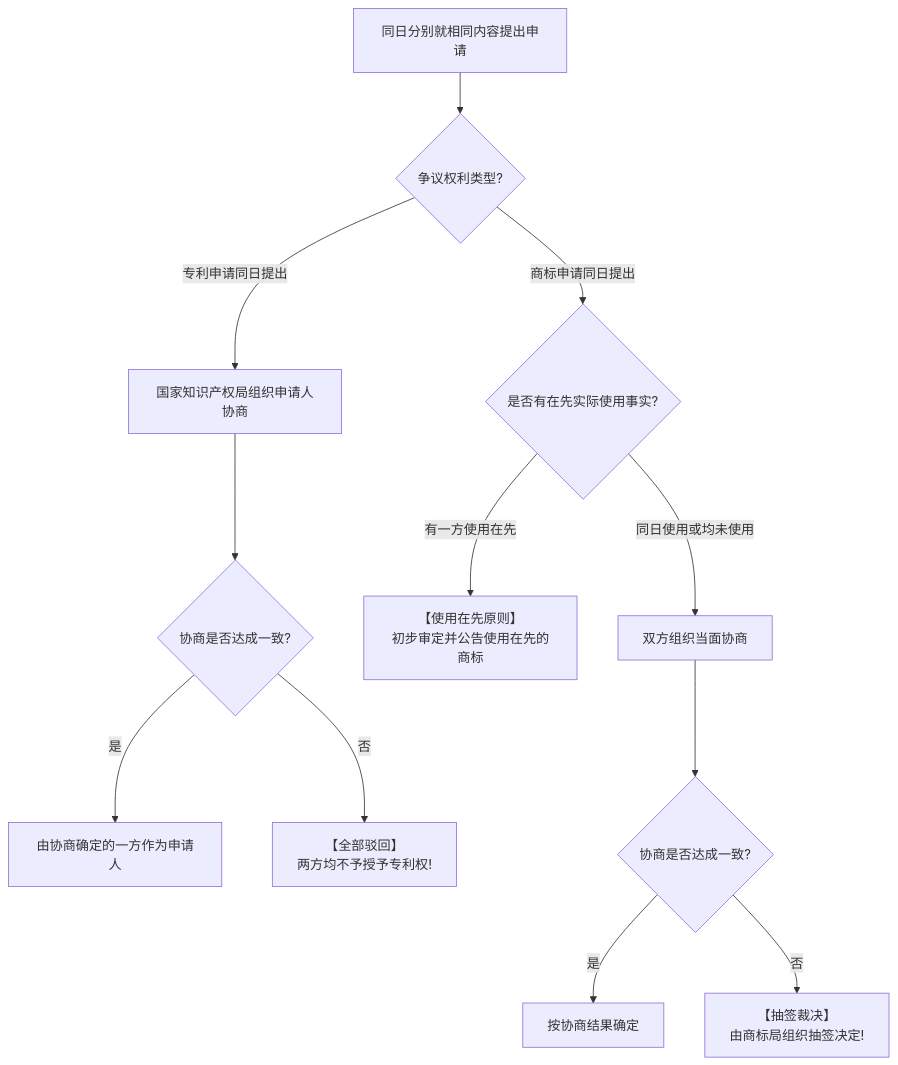
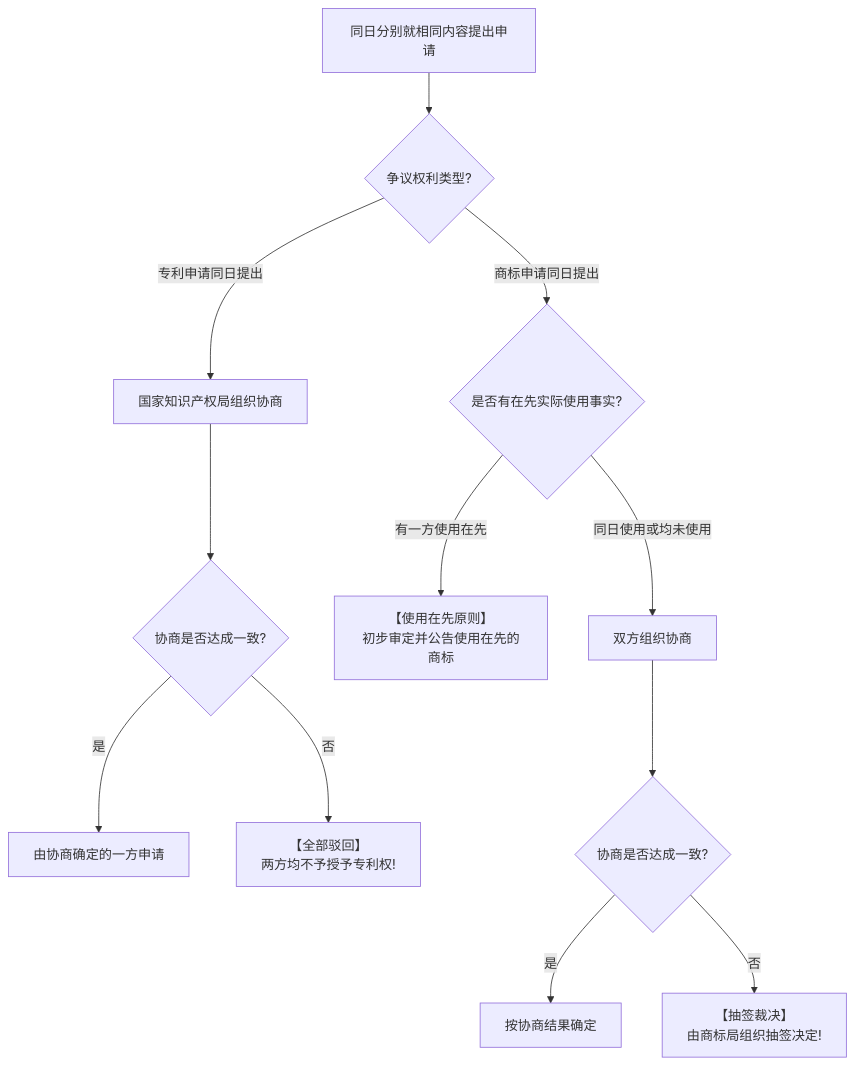
The diagram in docs/am-general/08-ip-and-standards/02-专利权商标权保护期限与标准化代号.md (atengk/ruankao-software-designer), drawn with Mermaid before and after one commit. The commit also changed other lines of this file and 11 other files, not shown here.

````diff
--- a/docs/am-general/08-ip-and-standards/02-专利权商标权保护期限与标准化代号.md
+++ b/docs/am-general/08-ip-and-standards/02-专利权商标权保护期限与标准化代号.md
@@ -59,15 +65,15 @@
 ```mermaid
 flowchart TD
     A["同日分别就相同内容提出申请"] --> B{"争议权利类型?"}
-    B -- "专利申请同日提出" --> C["国家知识产权局组织申请人协商"]
+    B -- "专利申请同日提出" --> C["国家知识产权局组织协商"]
     C --> D{"协商是否达成一致?"}
-    D -- 是 --> E["由协商确定的一方作为申请人"]
+    D -- 是 --> E["由协商确定的一方申请"]
     D -- 否 --> F["【全部驳回】<br>两方均不予授予专利权!"]
     
     B -- "商标申请同日提出" --> G{"是否有在先实际使用事实?"}
     G -- "有一方使用在先" --> H["【使用在先原则】<br>初步审定并公告使用在先的商标"]
-    G -- "同日使用或均未使用" --> I["双方组织当面协商"]
+    G -- "同日使用或均未使用" --> I["双方组织协商"]
     I --> J{"协商是否达成一致?"}
     J -- 是 --> K["按协商结果确定"]
     J -- 否 --> L["【抽签裁决】<br>由商标局组织抽签决定!"]
 ```
````
